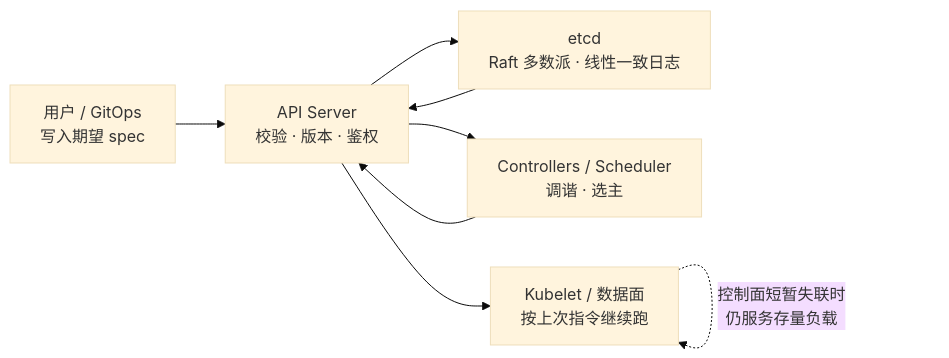
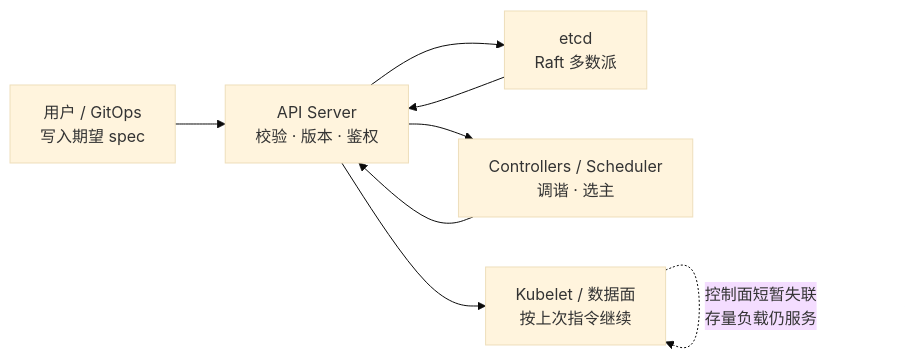
Before and after one commit to xiaxinyu/knowledge_base: the second of 3 diagrams in kubernetes-design-philosophy.md, drawn with Mermaid (base theme). The commit also changed other lines of this file, not shown here.

````diff
--- a/kubernetes-design-philosophy.md
+++ b/kubernetes-design-philosophy.md
@@ -226,15 +228,15 @@
 ```mermaid
 flowchart LR
   User["用户 / GitOps<br/>写入期望 spec"]
   API["API Server<br/>校验 · 版本 · 鉴权"]
-  ETCD["etcd<br/>Raft 多数派 · 线性一致日志"]
+  ETCD["etcd<br/>Raft 多数派"]
   Ctrl["Controllers / Scheduler<br/>调谐 · 选主"]
-  Node["Kubelet / 数据面<br/>按上次指令继续跑"]
+  Node["Kubelet / 数据面<br/>按上次指令继续"]
 
   User --> API --> ETCD
   ETCD --> API
   API --> Ctrl
   Ctrl --> API
   API --> Node
-  Node -.->|"控制面短暂失联时<br/>仍服务存量负载"| Node
+  Node -.->|"控制面短暂失联<br/>存量负载仍服务"| Node
 ```
````
